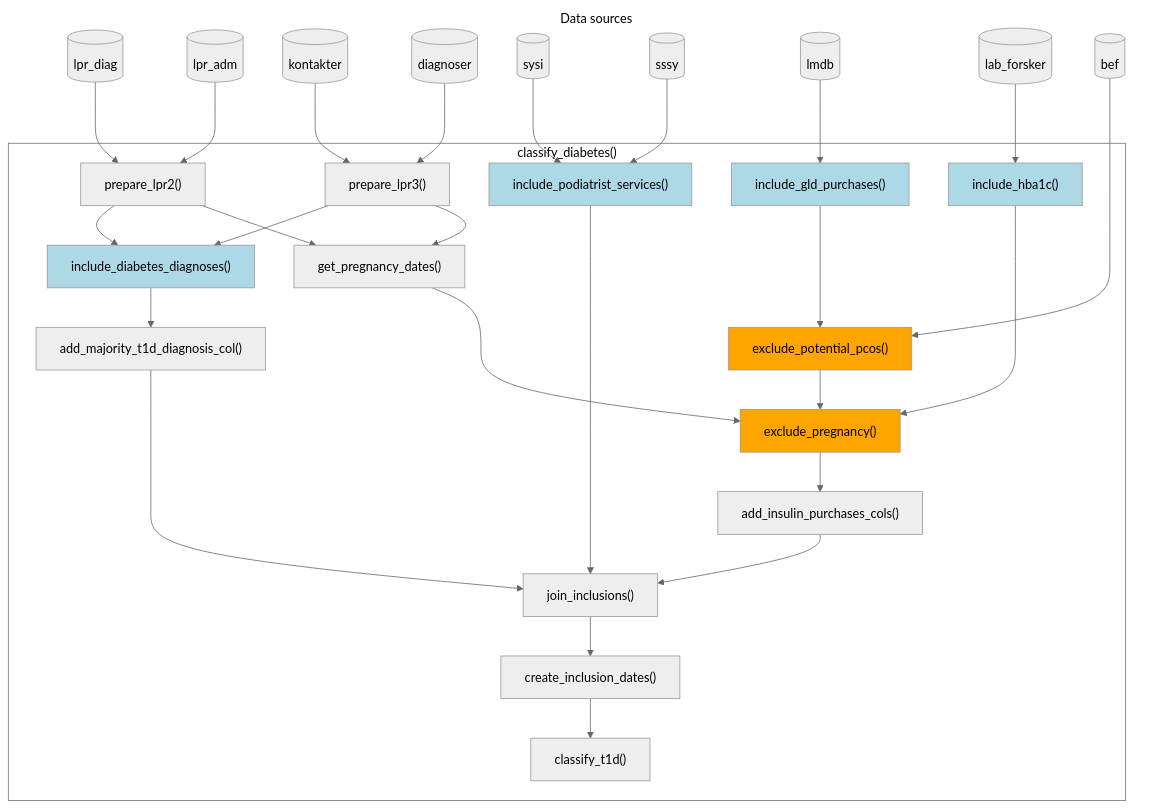
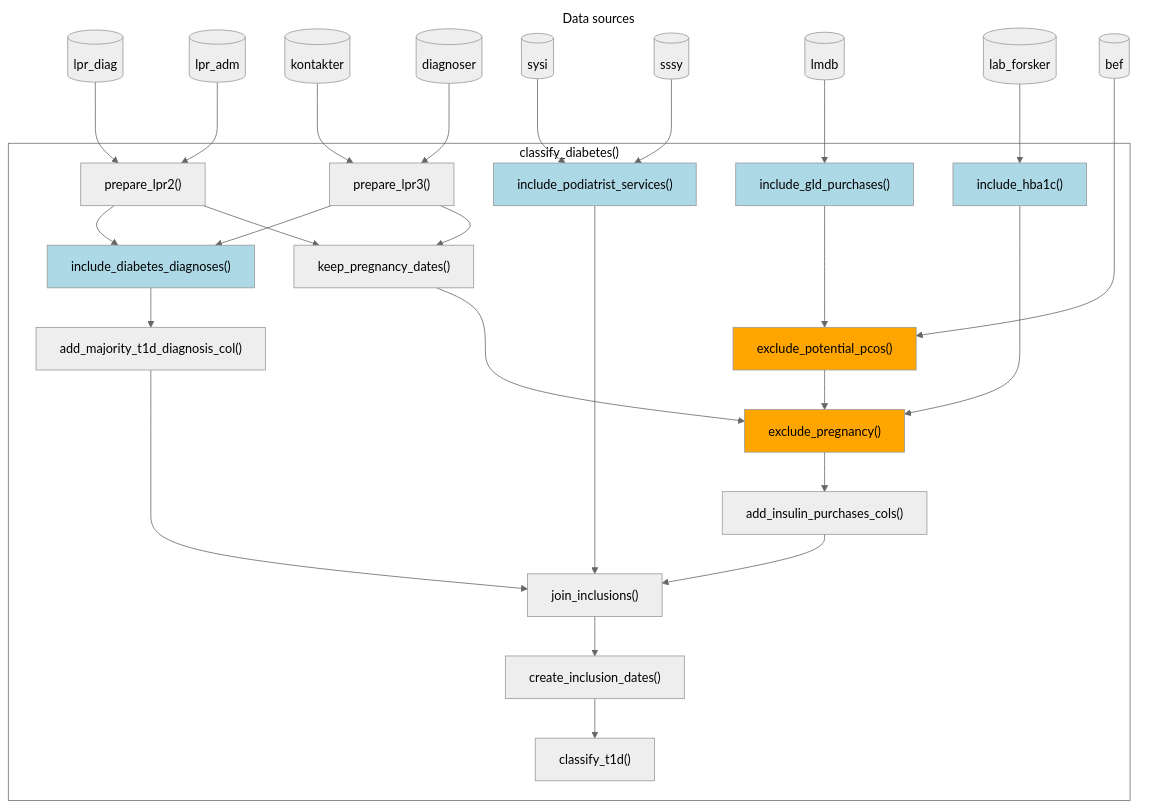
One commit to steno-aarhus/osdc changed the diagram in vignettes/function-flow.qmd. Above: the diagram before and after it, drawn with Mermaid (neutral theme). The commit also changed 10 other files, not shown here.

First line of the commit message:
refactor: :truck: rename to `keep_`, not `get_` for pregnancy dates (#346)

````diff
--- a/vignettes/function-flow.qmd
+++ b/vignettes/function-flow.qmd
@@ -23,68 +23,68 @@
 ```{mermaid}
 %%| eval: true
 %%| fig-cap: "Flow of functions in, as well as their required input registers, in the `classify_diabetes()` function used for classifying diabetes status using the osdc package. Light blue and orange boxes represent filtering functions (inclusion and exclusion events, respectively)."
 
 flowchart TD
   subgraph data_sources["Data sources"]
     lpr_diag[("lpr_diag")]
     lpr_adm[("lpr_adm")]
     kontakter[("kontakter")]
     diagnoser[("diagnoser")]
     sysi[("sysi")]
     sssy[("sssy")]
     lmdb[("lmdb")]
     lab_forsker[("lab_forsker")]
     bef[("bef")]
   end
 
   subgraph classify_diabetes["classify_diabetes()"]
 
     lpr_diag --> prepare_lpr2["prepare_lpr2()"]
     lpr_adm --> prepare_lpr2
 
     kontakter --> prepare_lpr3["prepare_lpr3()"]
     diagnoser --> prepare_lpr3
 
-    prepare_lpr2 --> get_pregnancy_dates["get_pregnancy_dates()"]
-    prepare_lpr3 --> get_pregnancy_dates
+    prepare_lpr2 --> keep_pregnancy_dates["keep_pregnancy_dates()"]
+    prepare_lpr3 --> keep_pregnancy_dates
 
     %% Inclusion steps
     sysi --> include_podiatrist_services["include_podiatrist_services()"]:::include
     sssy --> include_podiatrist_services
 
     prepare_lpr2 --> include_diabetes_diagnoses["include_diabetes_diagnoses()"]:::include
     prepare_lpr3 --> include_diabetes_diagnoses
     include_diabetes_diagnoses --> add_majority_t1d_diagnosis_col["add_majority_t1d_diagnosis_col()"]
 
     lmdb --> include_gld_purchases["include_gld_purchases()"]:::include
 
     lab_forsker --> include_hba1c["include_hba1c()"]:::include
 
     %% Exclusion steps
     include_gld_purchases --> exclude_potential_pcos["exclude_potential_pcos()"]:::exclude
     bef --> exclude_potential_pcos
 
     exclude_potential_pcos --> exclude_pregnancy["exclude_pregnancy()"]:::exclude
-    get_pregnancy_dates --> exclude_pregnancy
+    keep_pregnancy_dates --> exclude_pregnancy
     include_hba1c --> exclude_pregnancy
     exclude_pregnancy --> add_insulin_purchases_cols["add_insulin_purchases_cols()"]
 
     %% Joining
     add_majority_t1d_diagnosis_col --> join_inclusions["join_inclusions()"]
     include_podiatrist_services --> join_inclusions
     add_insulin_purchases_cols --> join_inclusions
 
     join_inclusions --> create_inclusion_dates["create_inclusion_dates()"]
     create_inclusion_dates --> classify_t1d["classify_t1d()"]
 
-    get_pregnancy_dates ~~~ exclude_potential_pcos
+    keep_pregnancy_dates ~~~ exclude_potential_pcos
 
   end
 
   %% Styling
   classDef default fill:#EEEEEE,color:#000000
   classDef include fill:lightblue
   classDef exclude fill:orange
   style classify_diabetes fill:#FFFFFF,color:#000000
   style data_sources fill:#FFFFFF,color:#000000,stroke-width:0px
 ```
````
